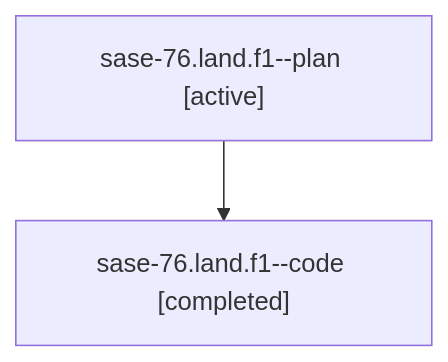
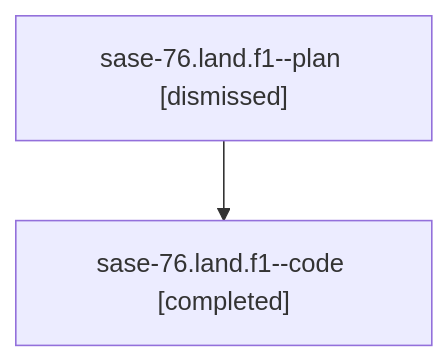
The diagram in sessions/bbugyi200.athena.sase-76.land.f1.md (sase-org/sase--agents), drawn with Mermaid before and after one commit. The commit also changed other lines of this file and 57 other files, not shown here.

````diff
--- a/sessions/bbugyi200.athena.sase-76.land.f1.md
+++ b/sessions/bbugyi200.athena.sase-76.land.f1.md
@@ -9,6 +9,6 @@
 ```mermaid
 flowchart TD
-  n0["sase-76.land.f1--plan [active]"]
+  n0["sase-76.land.f1--plan [dismissed]"]
   n1["sase-76.land.f1--code [completed]"]
   n0 --> n1
 ```
````
